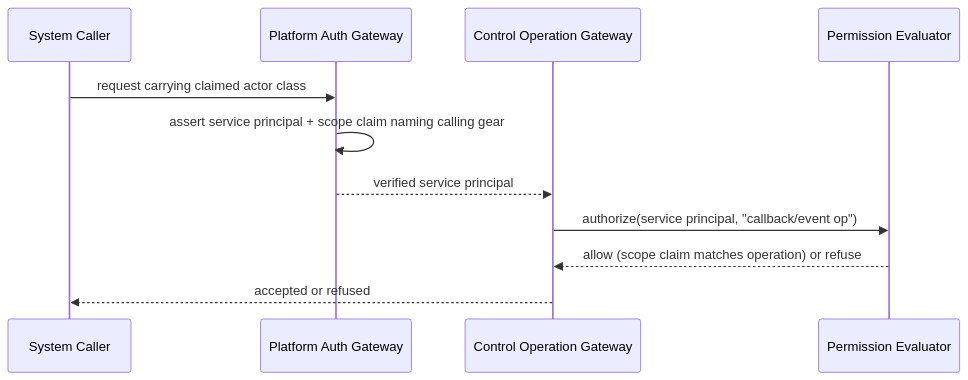
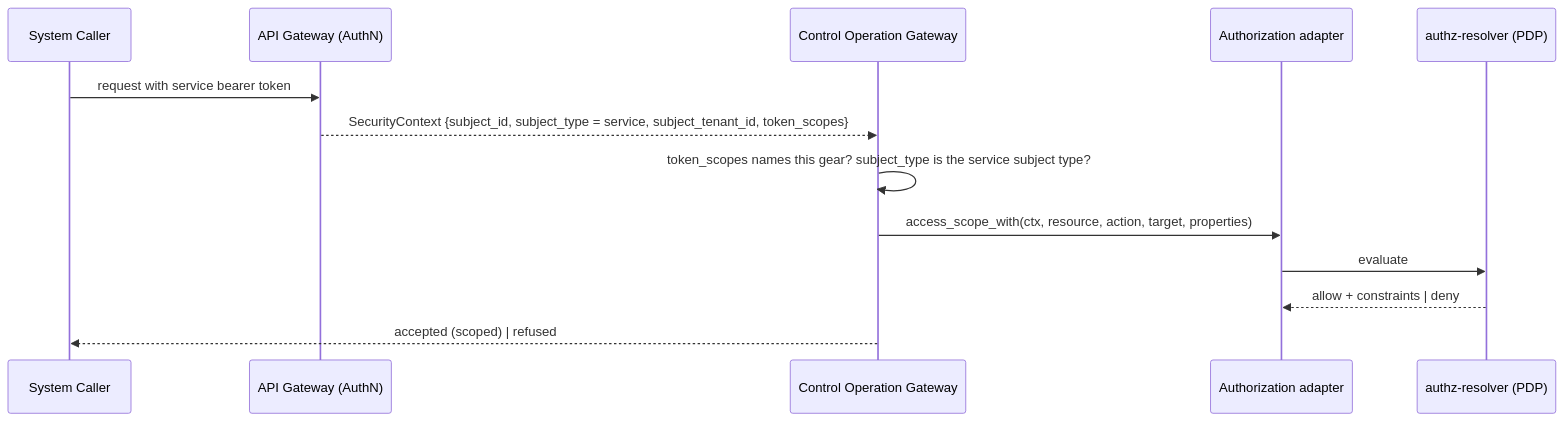
The third of 4 diagrams in gears/bss/orders-workflow/docs/design/09-read-and-authz.md (constructorfabric/gears-rust), drawn with Mermaid before and after one commit. The commit also changed other lines of this file and 9 other files, not shown here.

````diff
--- a/gears/bss/orders-workflow/docs/design/09-read-and-authz.md
+++ b/gears/bss/orders-workflow/docs/design/09-read-and-authz.md
@@ -605,9 +780,10 @@
 ```mermaid
 sequenceDiagram
-    System Caller ->> Platform Auth Gateway: request carrying claimed actor class
-    Platform Auth Gateway ->> Platform Auth Gateway: assert service principal + scope claim naming calling gear
-    Platform Auth Gateway -->> Control Operation Gateway: verified service principal
-    Control Operation Gateway ->> Permission Evaluator: authorize(service principal, "callback/event op")
-    Permission Evaluator -->> Control Operation Gateway: allow (scope claim matches operation) or refuse
-    Control Operation Gateway -->> System Caller: accepted or refused
+    System Caller ->> API Gateway (AuthN): request with service bearer token
+    API Gateway (AuthN) -->> Control Operation Gateway: SecurityContext {subject_id, subject_type = service, subject_tenant_id, token_scopes}
+    Control Operation Gateway ->> Control Operation Gateway: token_scopes names this gear? subject_type is the service subject type?
+    Control Operation Gateway ->> Authorization adapter: access_scope_with(ctx, resource, action, target, properties)
+    Authorization adapter ->> authz-resolver (PDP): evaluate
+    authz-resolver (PDP) -->> Authorization adapter: allow + constraints | deny
+    Control Operation Gateway -->> System Caller: accepted (scoped) | refused
 ```
````
